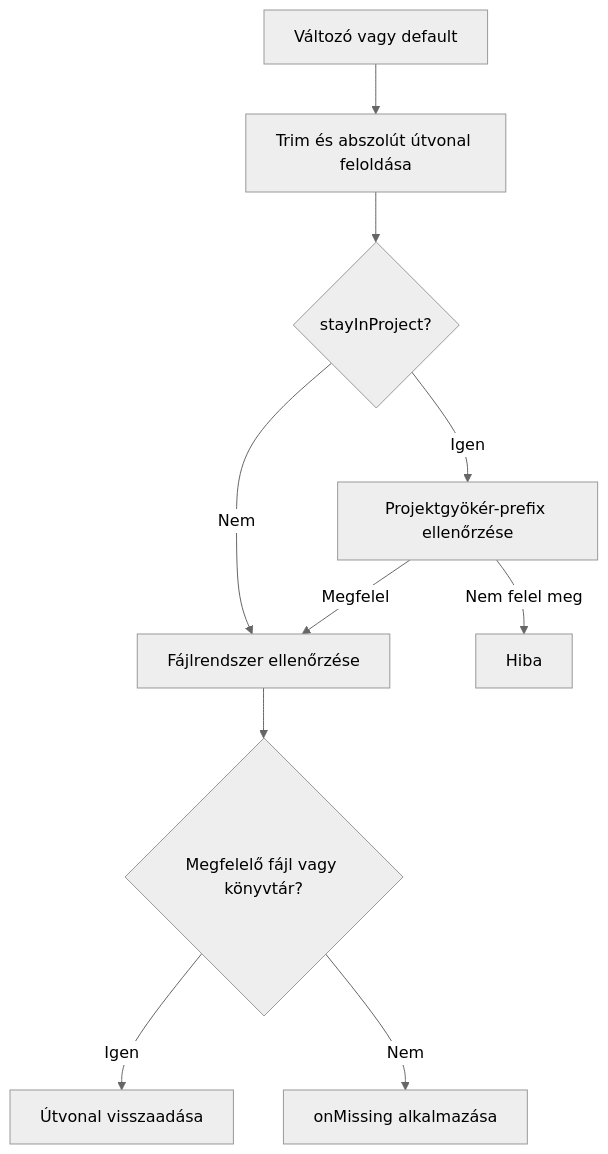
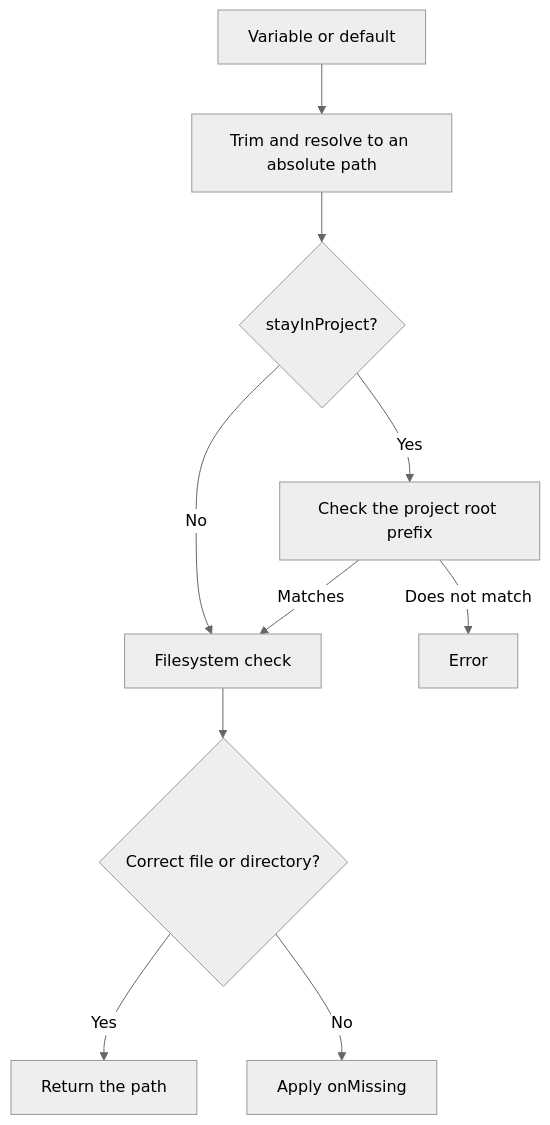
Before and after one commit to atom-forge/env-reader: the diagram in book/04-paths.md, drawn with Mermaid (neutral theme). The commit also changed other lines of this file and 7 other files, not shown here.

````diff
--- a/book/04-paths.md
+++ b/book/04-paths.md
@@ -25,12 +25,12 @@
 ```mermaid
 flowchart TD
-    A[Változó vagy default] --> B[Trim és abszolút útvonal feloldása]
+    A[Variable or default] --> B[Trim and resolve to an absolute path]
     B --> C{stayInProject?}
-    C -->|Igen| D[Projektgyökér-prefix ellenőrzése]
-    C -->|Nem| E[Fájlrendszer ellenőrzése]
-    D -->|Megfelel| E
-    D -->|Nem felel meg| F[Hiba]
-    E --> G{Megfelelő fájl vagy könyvtár?}
-    G -->|Igen| H[Útvonal visszaadása]
-    G -->|Nem| I[onMissing alkalmazása]
+    C -->|Yes| D[Check the project root prefix]
+    C -->|No| E[Filesystem check]
+    D -->|Matches| E
+    D -->|Does not match| F[Error]
+    E --> G{Correct file or directory?}
+    G -->|Yes| H[Return the path]
+    G -->|No| I[Apply onMissing]
 ```
````
